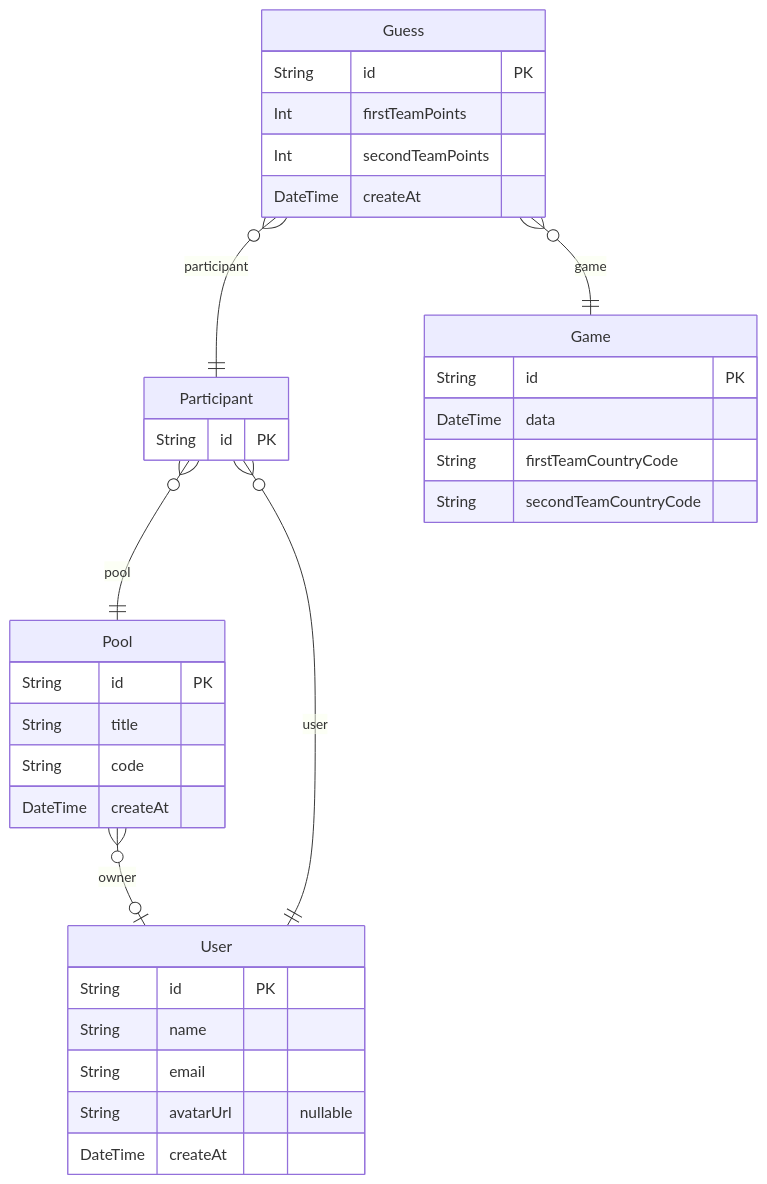
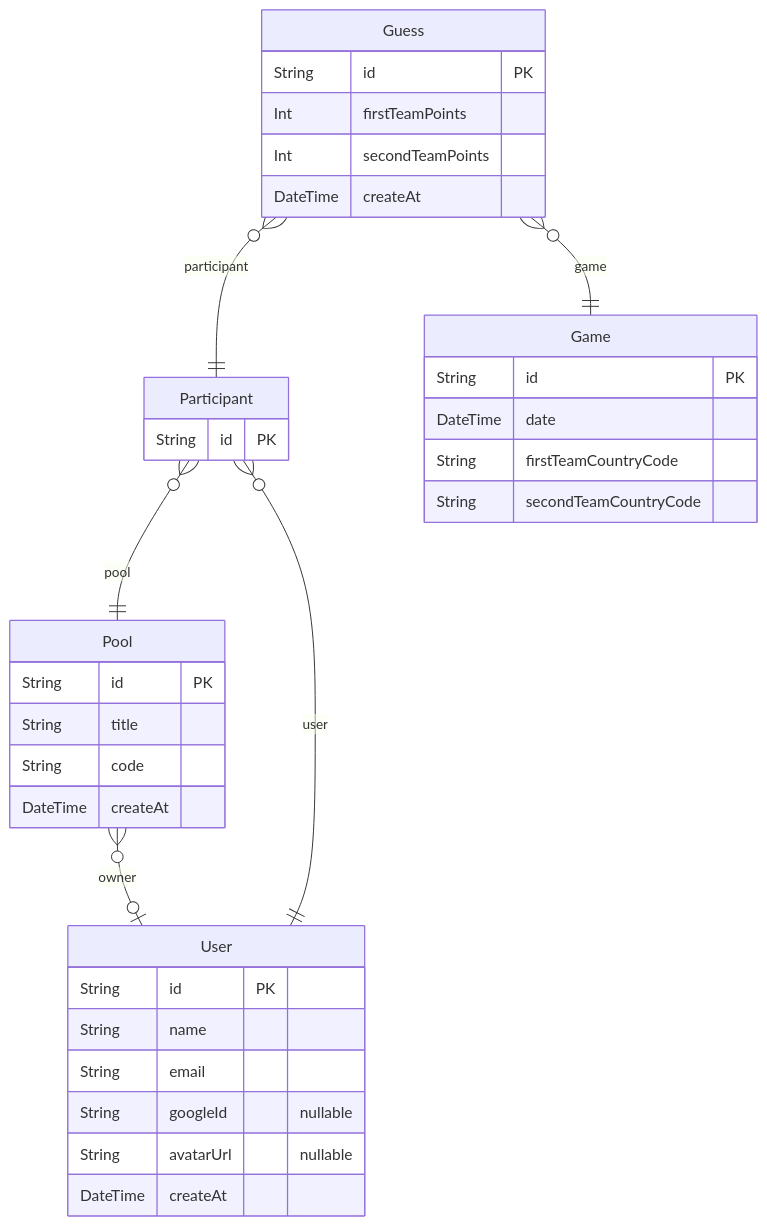
One commit to braiancalot/bolao-da-copa changed the diagram in server/prisma/debug/3-mermaid.mmd. Above: the diagram before and after it, drawn with Mermaid. The commit also changed 21 other files, not shown here.

```diff
--- a/server/prisma/debug/3-mermaid.mmd
+++ b/server/prisma/debug/3-mermaid.mmd
@@ -1,44 +1,45 @@
 erDiagram
 
   Pool {
     String id PK 
     String title  
     String code  
     DateTime createAt  
     }
   
 
   Participant {
     String id PK 
     }
   
 
   User {
     String id PK 
     String name  
     String email  
+    String googleId  "nullable"
     String avatarUrl  "nullable"
     DateTime createAt  
     }
   
 
   Game {
     String id PK 
-    DateTime data  
+    DateTime date  
     String firstTeamCountryCode  
     String secondTeamCountryCode  
     }
   
 
   Guess {
     String id PK 
     Int firstTeamPoints  
     Int secondTeamPoints  
     DateTime createAt  
     }
   
     Pool o{--|o User : "owner"
     Participant o{--|| User : "user"
     Participant o{--|| Pool : "pool"
     Guess o{--|| Game : "game"
     Guess o{--|| Participant : "participant"
```
